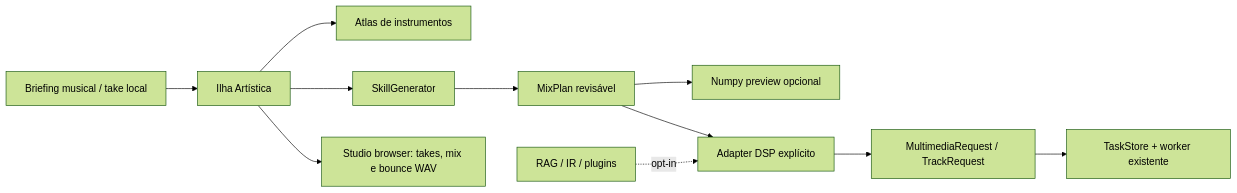
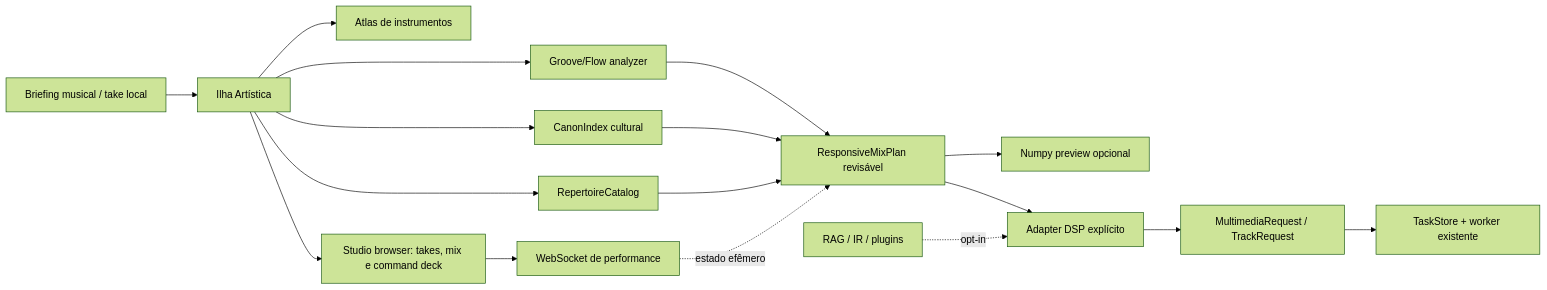
The fourth of 4 diagrams in docs/video-architecture.md (Nexus-HUB57/KAIR-S-SONICA), drawn with Mermaid (forest theme) before and after one commit. The commit also changed other lines of this file and 38 other files, not shown here.

````diff
--- a/docs/video-architecture.md
+++ b/docs/video-architecture.md
@@ -91,13 +91,19 @@
 ```mermaid
 flowchart LR
   B[Briefing musical / take local] --> I[Ilha Artística]
   I --> A[Atlas de instrumentos]
-  I --> G[SkillGenerator]
-  G --> P[MixPlan revisável]
+  I --> C[CanonIndex cultural]
+  I --> R[RepertoireCatalog]
+  I --> G[Groove/Flow analyzer]
+  G --> P[ResponsiveMixPlan revisável]
+  C --> P
+  R --> P
   P --> N[Numpy preview opcional]
   P --> D[Adapter DSP explícito]
   D --> M[MultimediaRequest / TrackRequest]
   M --> T[TaskStore + worker existente]
-  I --> S[Studio browser: takes, mix e bounce WAV]
-  R[RAG / IR / plugins] -. opt-in .-> D
+  I --> S[Studio browser: takes, mix e command deck]
+  S --> W[WebSocket de performance]
+  W -. estado efêmero .-> P
+  X[RAG / IR / plugins] -. opt-in .-> D
 ```
````
